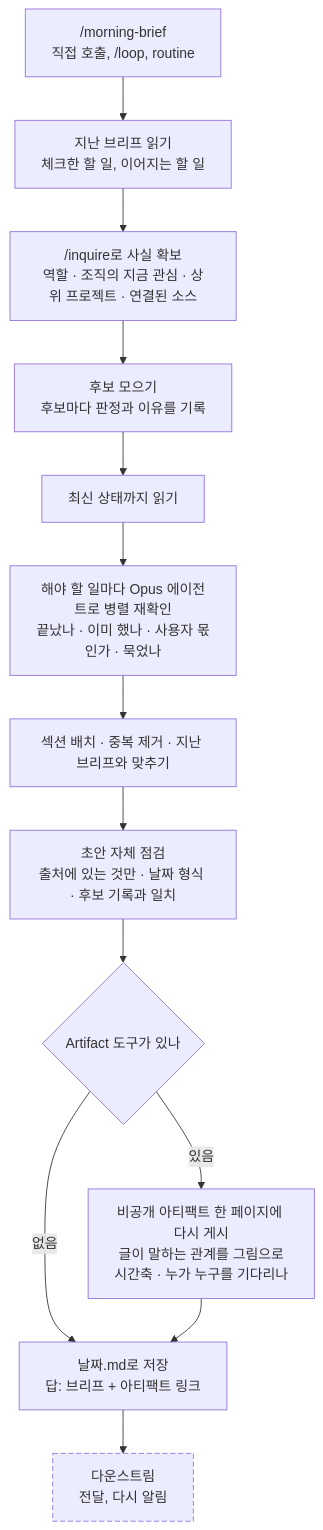
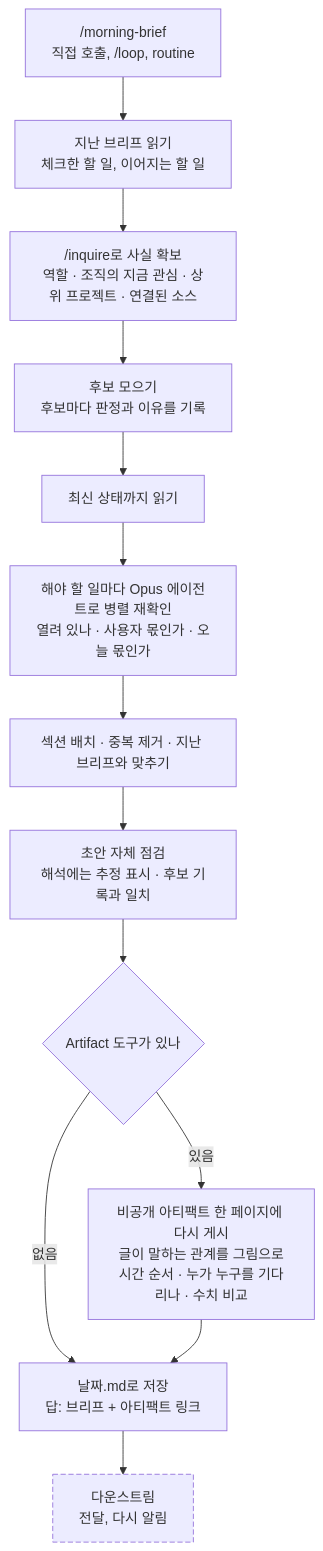
The diagram in morning-brief/README.md (jongwony/cc-plugin), drawn with Mermaid before and after one commit. The commit also changed other lines of this file and 5 other files, not shown here.

````diff
--- a/morning-brief/README.md
+++ b/morning-brief/README.md
@@ -9,16 +11,16 @@
 ```mermaid
 flowchart TD
   A["/morning-brief<br/>직접 호출, /loop, routine"] --> B["지난 브리프 읽기<br/>체크한 할 일, 이어지는 할 일"]
   B --> C["/inquire로 사실 확보<br/>역할 · 조직의 지금 관심 · 상위 프로젝트 · 연결된 소스"]
   C --> E["후보 모으기<br/>후보마다 판정과 이유를 기록"]
   E --> F["최신 상태까지 읽기"]
-  F --> G["해야 할 일마다 Opus 에이전트로 병렬 재확인<br/>끝났나 · 이미 했나 · 사용자 몫인가 · 묵었나"]
+  F --> G["해야 할 일마다 Opus 에이전트로 병렬 재확인<br/>열려 있나 · 사용자 몫인가 · 오늘 몫인가"]
   G --> H["섹션 배치 · 중복 제거 · 지난 브리프와 맞추기"]
-  H --> K["초안 자체 점검<br/>출처에 있는 것만 · 날짜 형식 · 후보 기록과 일치"]
+  H --> K["초안 자체 점검<br/>해석에는 추정 표시 · 후보 기록과 일치"]
   K --> V{"Artifact 도구가 있나"}
-  V -- "있음" --> P["비공개 아티팩트 한 페이지에 다시 게시<br/>글이 말하는 관계를 그림으로<br/>시간축 · 누가 누구를 기다리나"]
+  V -- "있음" --> P["비공개 아티팩트 한 페이지에 다시 게시<br/>글이 말하는 관계를 그림으로<br/>시간 순서 · 누가 누구를 기다리나 · 수치 비교"]
   V -- "없음" --> I
   P --> I["날짜.md로 저장<br/>답: 브리프 + 아티팩트 링크"]
   I --> J["다운스트림<br/>전달, 다시 알림"]:::down
   classDef down stroke-dasharray:6 3
 ```
````
